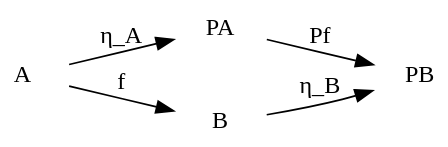
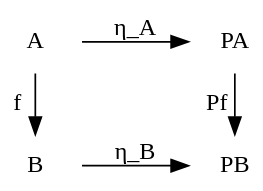
Before and after one commit to cympfh/cympfh.github.io: the third of 3 diagrams in aiura/power-monad.md, drawn with Graphviz. The commit also changed other lines of this file and 3 other files, not shown here.

````diff
--- a/aiura/power-monad.md
+++ b/aiura/power-monad.md
@@ -141,11 +143,13 @@
 ```dot
 digraph {
     rankdir=LR;
     bgcolor=transparent;
     node [shape=plaintext];
     A -> PA [label="η_A"];
     B -> PB [label="η_B"];
     A -> B [label=f];
     PA -> PB [label=Pf];
+    {rank=same A B}
+    {rank=same PA PB}
 }
 ```
````
